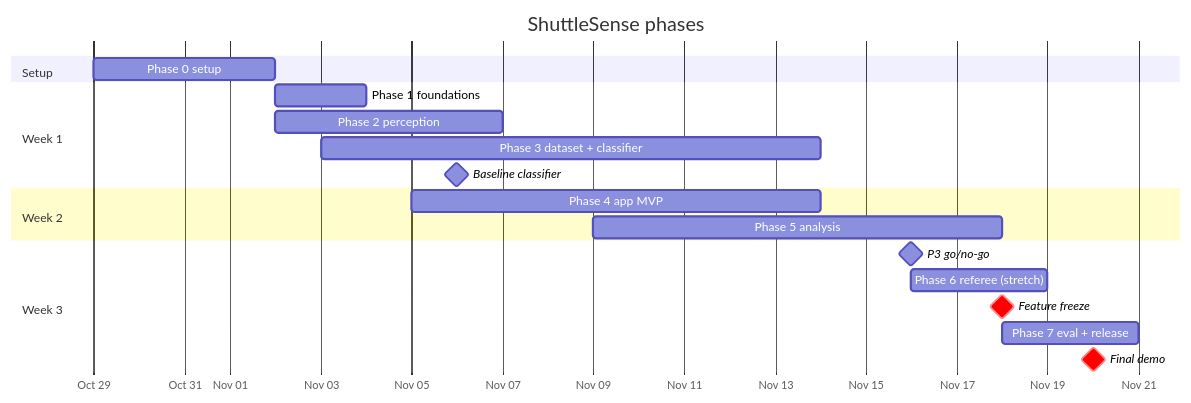
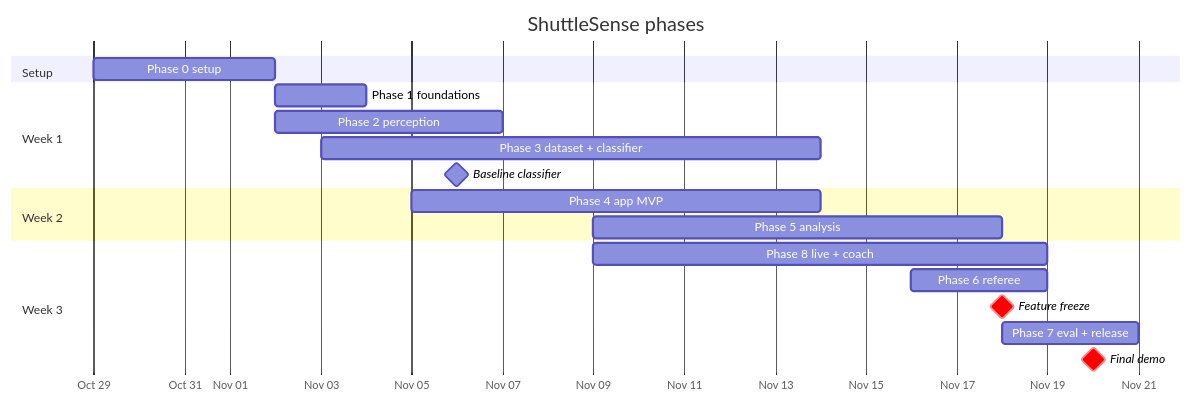
The first of 3 diagrams in docs/PHASES.md (Mist10148/ShuttleSense), drawn with Mermaid before and after one commit. The commit also changed other lines of this file and 8 other files, not shown here.

````diff
--- a/docs/PHASES.md
+++ b/docs/PHASES.md
@@ -55,22 +56,22 @@
 ```mermaid
 gantt
     title ShuttleSense phases
     dateFormat YYYY-MM-DD
     axisFormat %b %d
     section Setup
     Phase 0 setup                  :p0, 2026-10-29, 4d
     section Week 1
     Phase 1 foundations            :p1, 2026-11-02, 2d
     Phase 2 perception             :p2, 2026-11-02, 5d
     Phase 3 dataset + classifier   :p3, 2026-11-03, 11d
     Baseline classifier            :milestone, 2026-11-06, 0d
     section Week 2
     Phase 4 app MVP                :p4, 2026-11-05, 9d
     Phase 5 analysis               :p5, 2026-11-09, 9d
     section Week 3
-    P3 go/no-go                    :milestone, 2026-11-16, 0d
-    Phase 6 referee (stretch)      :p6, 2026-11-16, 3d
+    Phase 8 live + coach           :p8, 2026-11-09, 10d
+    Phase 6 referee                :p6, 2026-11-16, 3d
     Feature freeze                 :milestone, crit, 2026-11-18, 0d
     Phase 7 eval + release         :p7, 2026-11-18, 3d
     Final demo                     :milestone, crit, 2026-11-20, 0d
 ```
````
